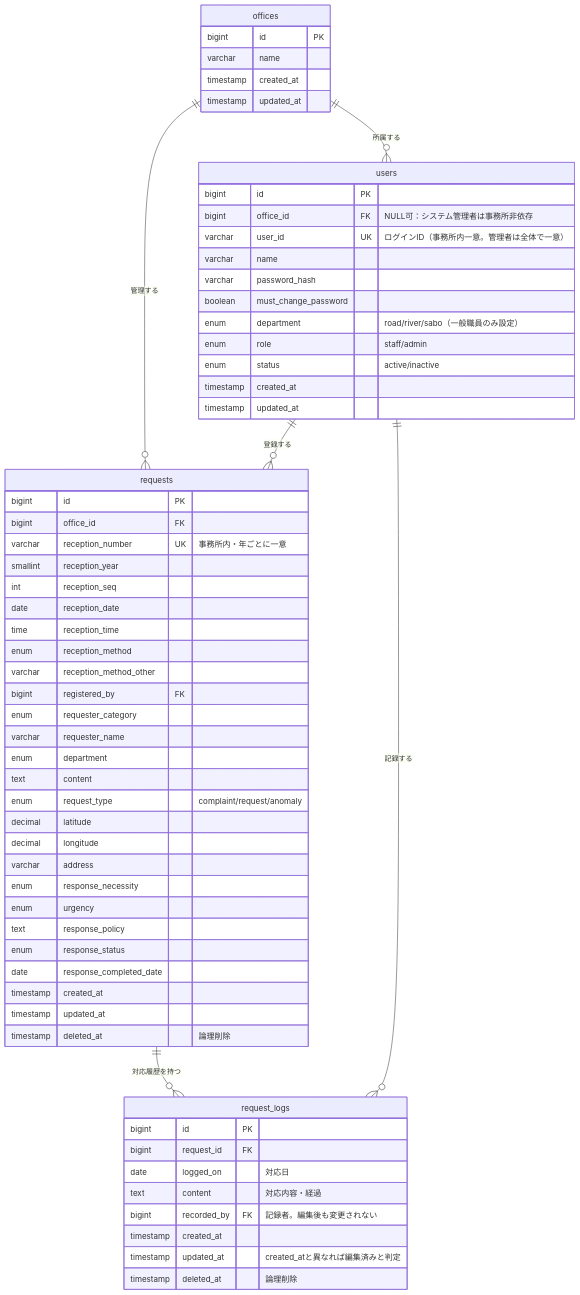
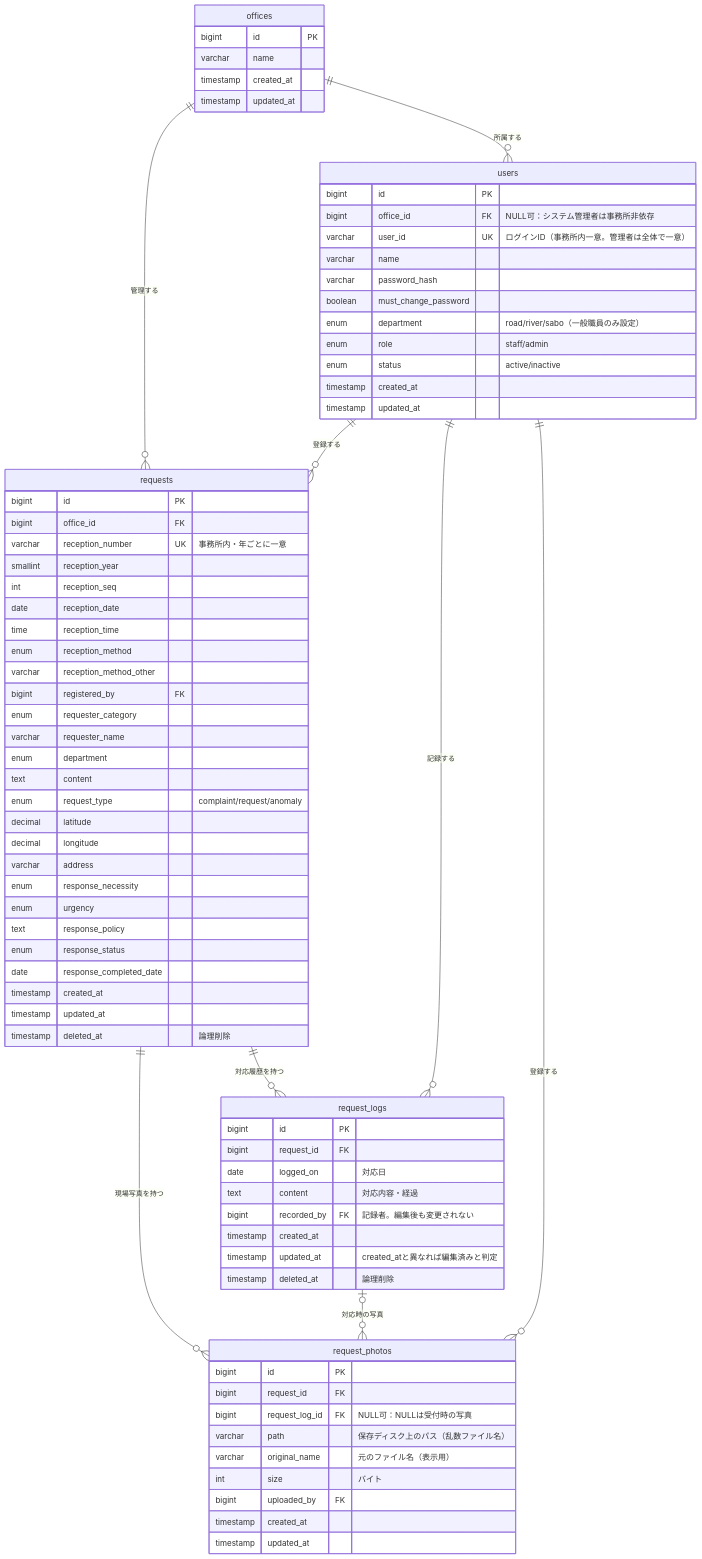
One commit to tomo-taka108/Civil-Request-Management changed the diagram in docs/database-design.md. Above: the diagram before and after it, drawn with Mermaid. The commit also changed other lines of this file and 32 other files, not shown here.

````diff
--- a/docs/database-design.md
+++ b/docs/database-design.md
@@ -16,6 +16,9 @@
     users ||--o{ requests : "登録する"
     requests ||--o{ request_logs : "対応履歴を持つ"
     users ||--o{ request_logs : "記録する"
+    requests ||--o{ request_photos : "現場写真を持つ"
+    request_logs |o--o{ request_photos : "対応時の写真"
+    users ||--o{ request_photos : "登録する"
 
     offices {
         bigint id PK
@@ -77,4 +80,16 @@
         timestamp updated_at "created_atと異なれば編集済みと判定"
         timestamp deleted_at "論理削除"
     }
+
+    request_photos {
+        bigint id PK
+        bigint request_id FK
+        bigint request_log_id FK "NULL可：NULLは受付時の写真"
+        varchar path "保存ディスク上のパス（乱数ファイル名）"
+        varchar original_name "元のファイル名（表示用）"
+        int size "バイト"
+        bigint uploaded_by FK
+        timestamp created_at
+        timestamp updated_at
+    }
 ```
````
